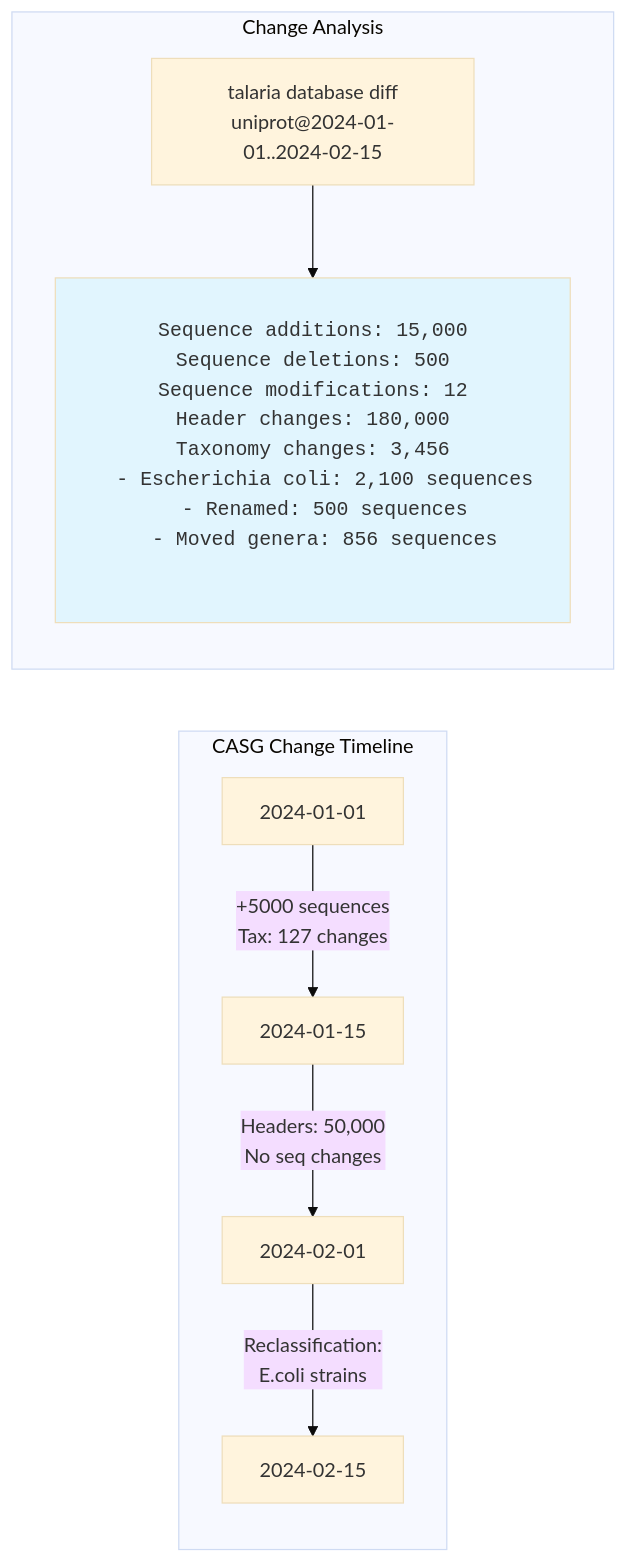
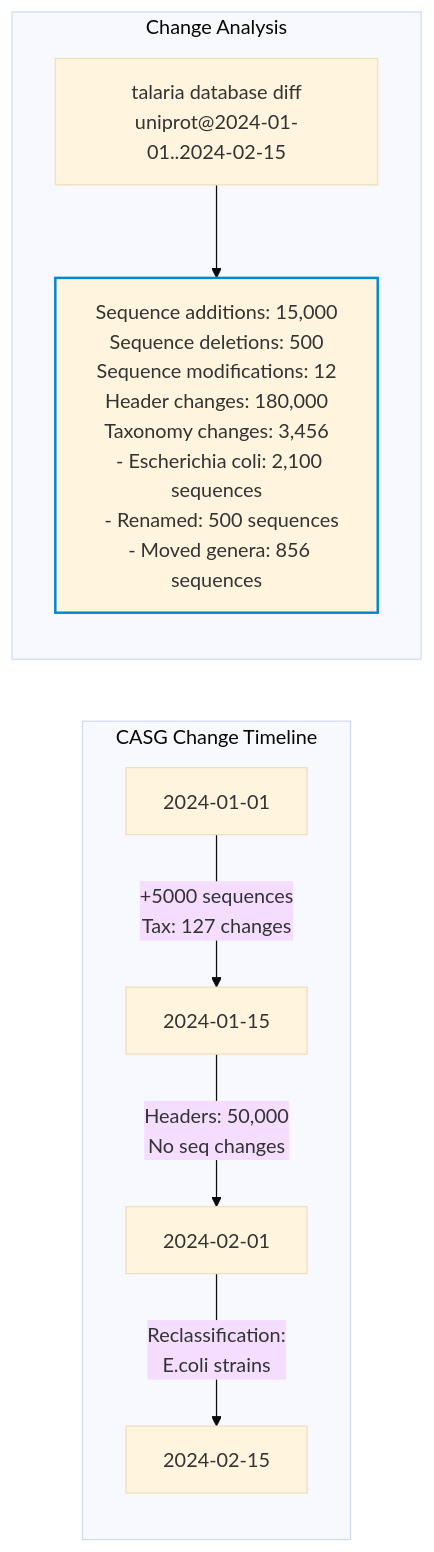
Before and after one commit to bfowle/talaria: the tenth of 12 diagrams in docs/src/casg/case-studies.md, drawn with Mermaid (base theme). The commit also changed other lines of this file and 65 other files, not shown here.

````diff
--- a/docs/src/casg/case-studies.md
+++ b/docs/src/casg/case-studies.md
@@ -458,32 +562,23 @@
 ```mermaid
 graph LR
     subgraph "CASG Change Timeline"
         V1[2024-01-01]
         V2[2024-01-15]
         V3[2024-02-01]
         V4[2024-02-15]
 
         V1 -->|+5000 sequences<br/>Tax: 127 changes| V2
         V2 -->|Headers: 50,000<br/>No seq changes| V3
         V3 -->|Reclassification:<br/>E.coli strains| V4
     end
 
     subgraph "Change Analysis"
         DIFF[talaria database diff<br/>uniprot@2024-01-01..2024-02-15]
 
-        OUTPUT[<pre>
-Sequence additions: 15,000
-Sequence deletions: 500
-Sequence modifications: 12
-Header changes: 180,000
-Taxonomy changes: 3,456
-  - Escherichia coli: 2,100 sequences
-  - Renamed: 500 sequences
-  - Moved genera: 856 sequences
-        </pre>]
+        OUTPUT["Sequence additions: 15,000<br/>Sequence deletions: 500<br/>Sequence modifications: 12<br/>Header changes: 180,000<br/>Taxonomy changes: 3,456<br/>  - Escherichia coli: 2,100 sequences<br/>  - Renamed: 500 sequences<br/>  - Moved genera: 856 sequences"]
 
         DIFF --> OUTPUT
     end
 
-    style OUTPUT fill:#e1f5fe
+    style OUTPUT stroke:#0288d1,stroke-width:2px
 ```
````
